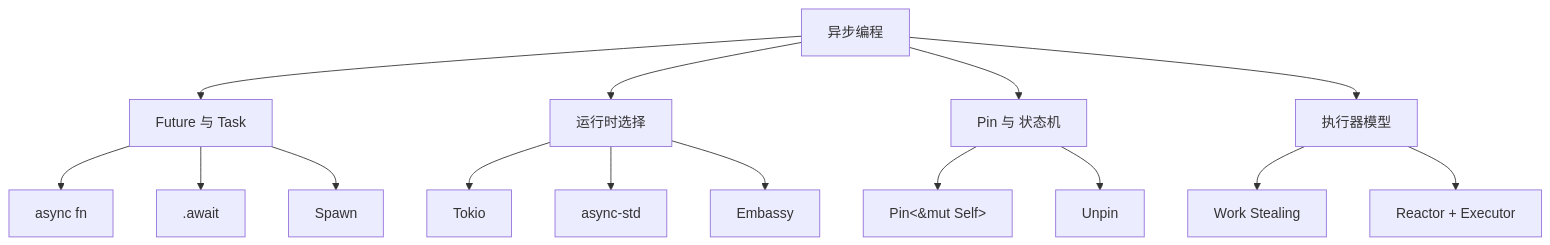
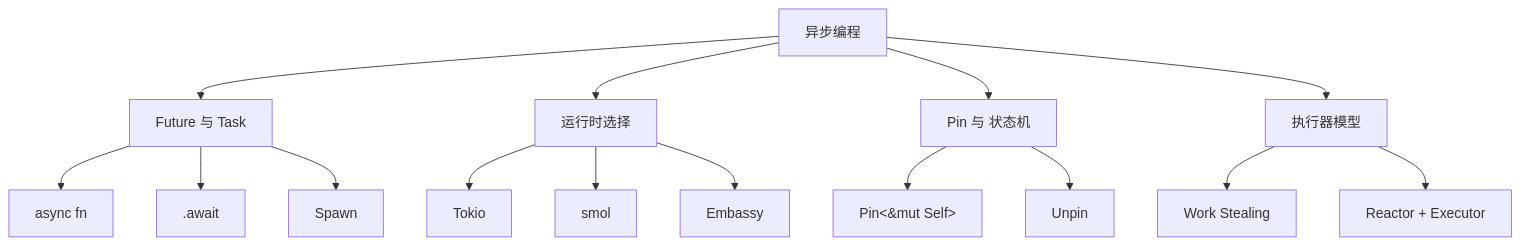
Before and after one commit to martin-ly/rust-lang: the first of 2 diagrams in docs/05_guides/05_async_programming_usage_guide.md, drawn with Mermaid. The commit also changed other lines of this file and 1463 other files, not shown here.

````diff
--- a/docs/05_guides/05_async_programming_usage_guide.md
+++ b/docs/05_guides/05_async_programming_usage_guide.md
@@ -1856,17 +1856,17 @@
 ```mermaid
 graph TD
     A[异步编程] --> F[Future 与 Task]
     A --> R[运行时选择]
     A --> P[Pin 与 状态机]
     A --> E[执行器模型]
     F --> F1[async fn]
     F --> F2[.await]
     F --> F3[Spawn]
     R --> R1[Tokio]
-    R --> R2[async-std]
+    R --> R2[smol]
     R --> R3[ Embassy]
     P --> P1[Pin<&mut Self>]
     P --> P2[Unpin]
     E --> E1[Work Stealing]
     E --> E2[Reactor + Executor]
 ```
````
